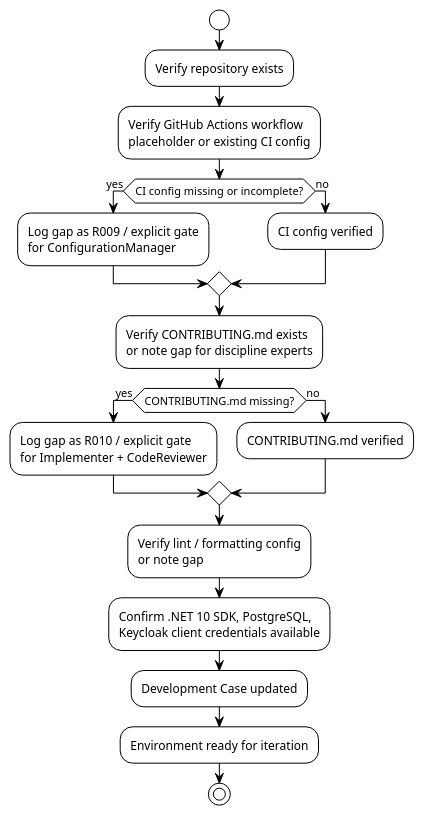
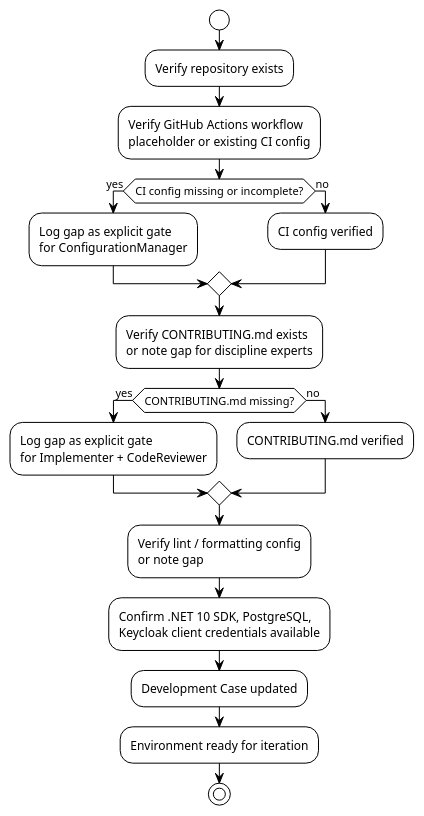
One commit to banense-test/portal changed the sixth of 6 diagrams in docs/artifacts/environment/development-case.md. Above: the diagram before and after it, drawn with PlantUML. The commit also changed other lines of this file, not shown here.

````diff
--- a/docs/artifacts/environment/development-case.md
+++ b/docs/artifacts/environment/development-case.md
@@ -357,33 +369,33 @@
 ```plantuml
-@startuml Portal_EnvironmentPrep_Fixed
+@startuml Portal_EnvironmentPrep
 !theme plain
 
 start
 :Verify repository exists;
 :Verify GitHub Actions workflow
 placeholder or existing CI config;
 if (CI config missing or incomplete?) then (yes)
-  :Log gap as R009 / explicit gate
+  :Log gap as explicit gate
 for ConfigurationManager;
 else (no)
   :CI config verified;
 endif
 
 :Verify CONTRIBUTING.md exists
 or note gap for discipline experts;
 if (CONTRIBUTING.md missing?) then (yes)
-  :Log gap as R010 / explicit gate
+  :Log gap as explicit gate
 for Implementer + CodeReviewer;
 else (no)
   :CONTRIBUTING.md verified;
 endif
 
 :Verify lint / formatting config
 or note gap;
 :Confirm .NET 10 SDK, PostgreSQL,
 Keycloak client credentials available;
 :Development Case updated;
 :Environment ready for iteration;
 stop
 @enduml
 ```
````
